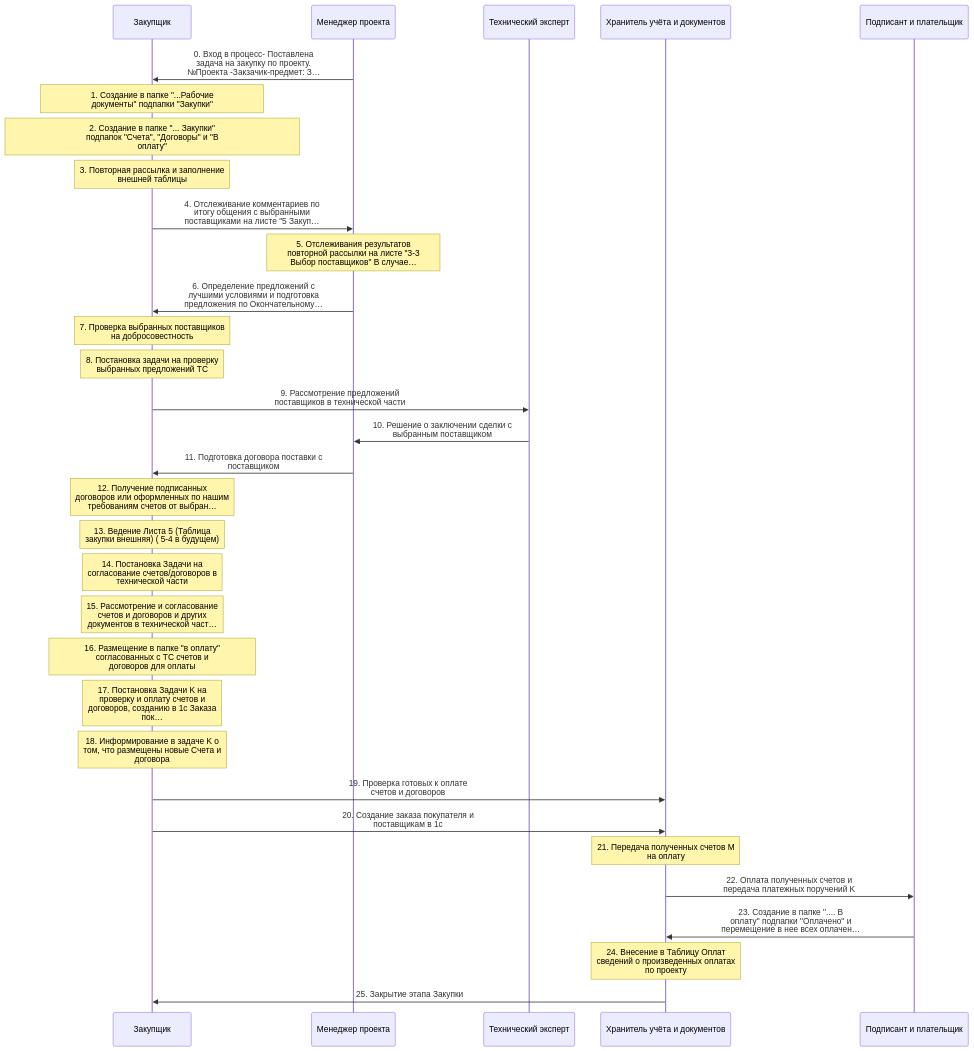
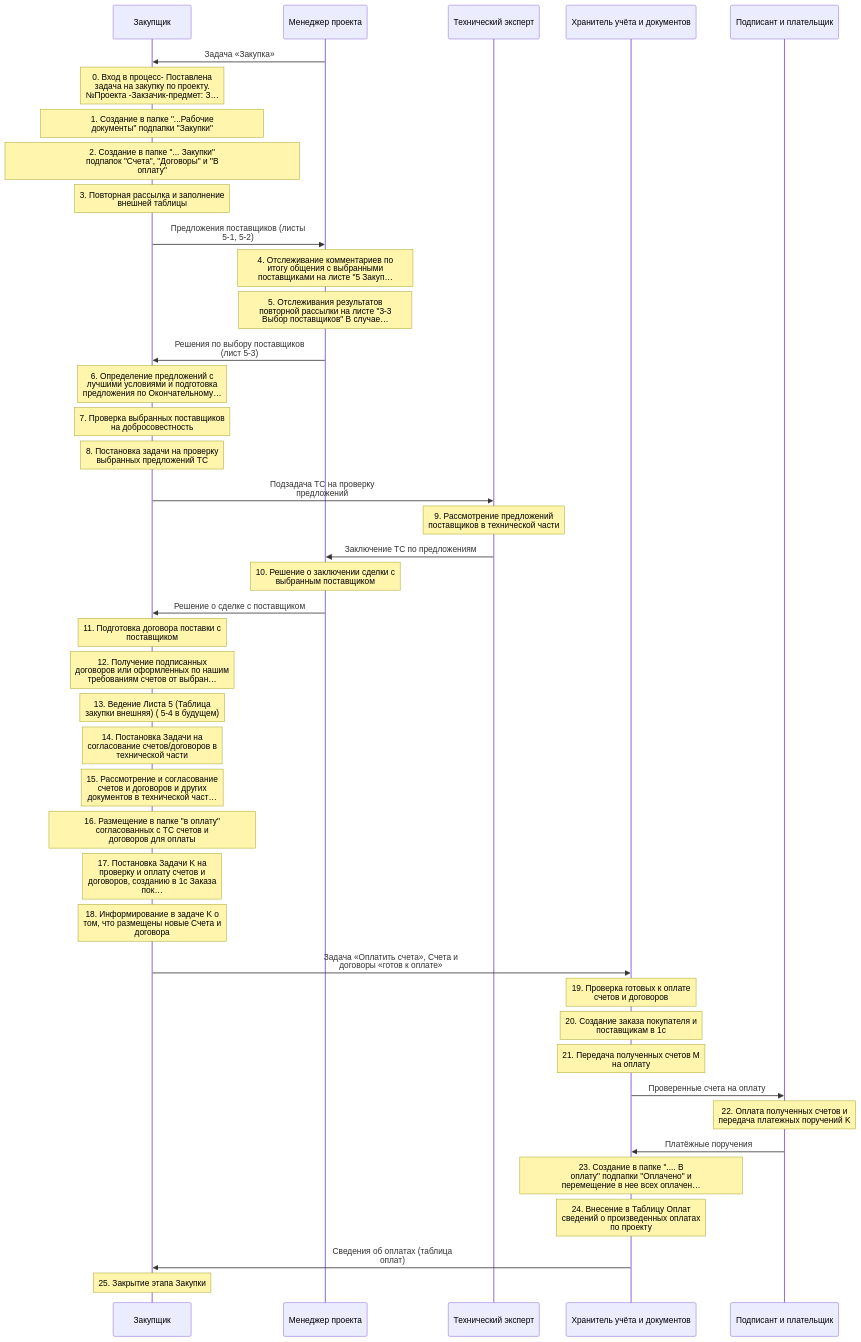
The first of 6 diagrams in inst/md-out/pro/r04-zakupka-tovara/index.md (vlad78831457/orb-work), drawn with Mermaid before and after one commit. The commit also changed other lines of this file and 86 other files, not shown here.

````diff
--- a/inst/md-out/pro/r04-zakupka-tovara/index.md
+++ b/inst/md-out/pro/r04-zakupka-tovara/index.md
@@ -14,34 +14,44 @@
 ```mermaid
 sequenceDiagram
   participant r_zakupka as Закупщик
   participant r_proekt as Менеджер проекта
   participant r_tekh as Технический эксперт
   participant r_khranitel as Хранитель учёта и документов
   participant r_podpisant as Подписант и плательщик
-  r_proekt->>r_zakupka: 0. Вход в процесс- Поставлена<br/>задача на закупку по проекту.<br/>№Проекта -Закзачик-предмет: З…
+  r_proekt->>r_zakupka: Задача «Закупка»
+  Note over r_zakupka: 0. Вход в процесс- Поставлена<br/>задача на закупку по проекту.<br/>№Проекта -Закзачик-предмет: З…
   Note over r_zakupka: 1. Создание в папке #quot;...Рабочие<br/>документы#quot; подпапки #quot;Закупки#quot;
   Note over r_zakupka: 2. Создание в папке #quot;... Закупки#quot;<br/>подпапок #quot;Счета#quot;, #quot;Договоры#quot; и #quot;В<br/>оплату#quot;
   Note over r_zakupka: 3. Повторная рассылка и заполнение<br/>внешней таблицы
-  r_zakupka->>r_proekt: 4. Отслеживание комментариев по<br/>итогу общения с выбранными<br/>поставщиками на листе #quot;5 Закуп…
+  r_zakupka->>r_proekt: Предложения поставщиков (листы<br/>5-1, 5-2)
+  Note over r_proekt: 4. Отслеживание комментариев по<br/>итогу общения с выбранными<br/>поставщиками на листе #quot;5 Закуп…
   Note over r_proekt: 5. Отслеживания результатов<br/>повторной рассылки на листе #quot;3-3<br/>Выбор поставщиков#quot; В случае…
-  r_proekt->>r_zakupka: 6. Определение предложений с<br/>лучшими условиями и подготовка<br/>предложения по Окончательному…
+  r_proekt->>r_zakupka: Решения по выбору поставщиков<br/>(лист 5-3)
+  Note over r_zakupka: 6. Определение предложений с<br/>лучшими условиями и подготовка<br/>предложения по Окончательному…
   Note over r_zakupka: 7. Проверка выбранных поставщиков<br/>на добросовестность
   Note over r_zakupka: 8. Постановка задачи на проверку<br/>выбранных предложений ТС
-  r_zakupka->>r_tekh: 9. Рассмотрение предложений<br/>поставщиков в технической части
-  r_tekh->>r_proekt: 10. Решение о заключении сделки с<br/>выбранным поставщиком
-  r_proekt->>r_zakupka: 11. Подготовка договора поставки с<br/>поставщиком
+  r_zakupka->>r_tekh: Подзадача ТС на проверку<br/>предложений
+  Note over r_tekh: 9. Рассмотрение предложений<br/>поставщиков в технической части
+  r_tekh->>r_proekt: Заключение ТС по предложениям
+  Note over r_proekt: 10. Решение о заключении сделки с<br/>выбранным поставщиком
+  r_proekt->>r_zakupka: Решение о сделке с поставщиком
+  Note over r_zakupka: 11. Подготовка договора поставки с<br/>поставщиком
   Note over r_zakupka: 12. Получение подписанных<br/>договоров или оформленных по нашим<br/>требованиям счетов от выбран…
   Note over r_zakupka: 13. Ведение Листа 5 (Таблица<br/>закупки внешняя) ( 5-4 в будущем)
   Note over r_zakupka: 14. Постановка Задачи на<br/>согласование счетов/договоров в<br/>технической части
   Note over r_zakupka: 15. Рассмотрение и согласование<br/>счетов и договоров и других<br/>документов в технической част…
   Note over r_zakupka: 16. Размещение в папке #quot;в оплату#quot;<br/>согласованных с ТС счетов и<br/>договоров для оплаты
   Note over r_zakupka: 17. Постановка Задачи K на<br/>проверку и оплату счетов и<br/>договоров, созданию в 1с Заказа<br/>пок…
   Note over r_zakupka: 18. Информирование в задаче K о<br/>том, что размещены новые Счета и<br/>договора
-  r_zakupka->>r_khranitel: 19. Проверка готовых к оплате<br/>счетов и договоров
-  r_zakupka->>r_khranitel: 20. Создание заказа покупателя и<br/>поставщикам в 1с
+  r_zakupka->>r_khranitel: Задача «Оплатить счета», Счета и<br/>договоры «готов к оплате»
+  Note over r_khranitel: 19. Проверка готовых к оплате<br/>счетов и договоров
+  Note over r_khranitel: 20. Создание заказа покупателя и<br/>поставщикам в 1с
   Note over r_khranitel: 21. Передача полученных счетов M<br/>на оплату
-  r_khranitel->>r_podpisant: 22. Оплата полученных счетов и<br/>передача платежных поручений K
-  r_podpisant->>r_khranitel: 23. Создание в папке #quot;.... В<br/>оплату#quot; подпапки #quot;Оплачено#quot; и<br/>перемещение в нее всех оплачен…
+  r_khranitel->>r_podpisant: Проверенные счета на оплату
+  Note over r_podpisant: 22. Оплата полученных счетов и<br/>передача платежных поручений K
+  r_podpisant->>r_khranitel: Платёжные поручения
+  Note over r_khranitel: 23. Создание в папке #quot;.... В<br/>оплату#quot; подпапки #quot;Оплачено#quot; и<br/>перемещение в нее всех оплачен…
   Note over r_khranitel: 24. Внесение в Таблицу Оплат<br/>сведений о произведенных оплатах<br/>по проекту
-  r_khranitel->>r_zakupka: 25. Закрытие этапа Закупки
+  r_khranitel->>r_zakupka: Сведения об оплатах (таблица<br/>оплат)
+  Note over r_zakupka: 25. Закрытие этапа Закупки
 ```
````
